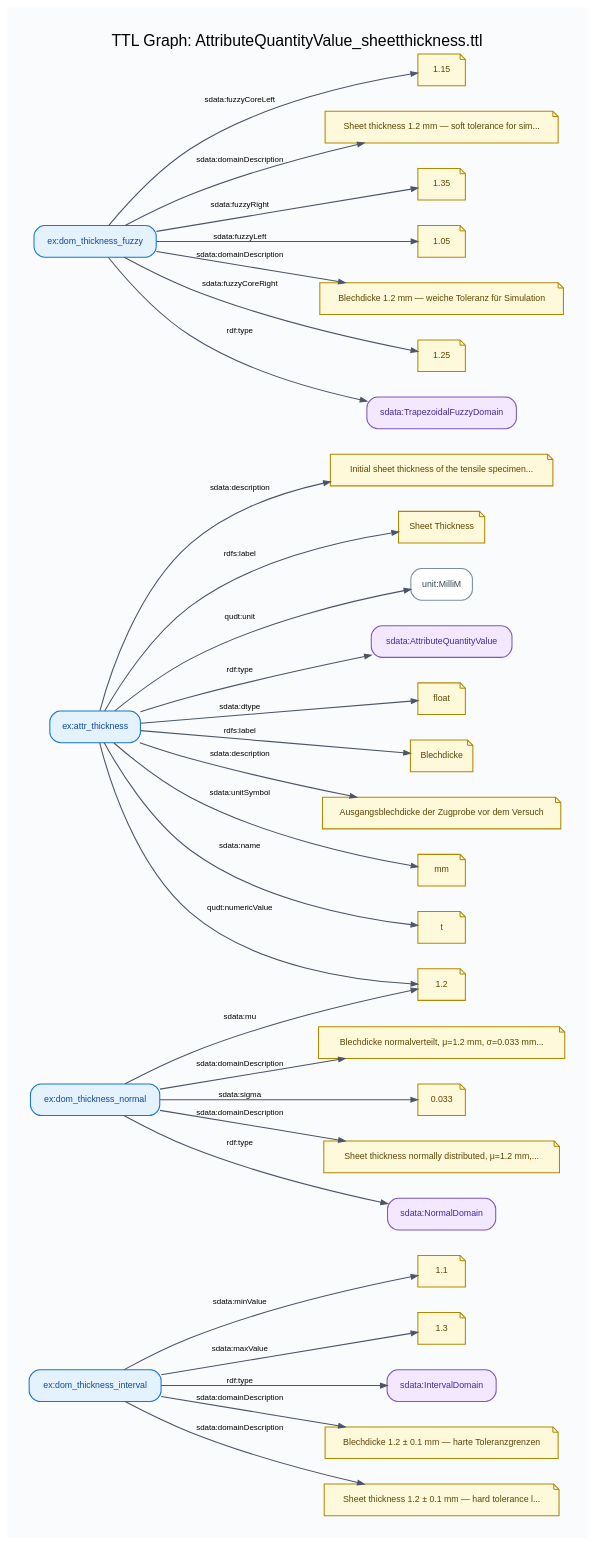
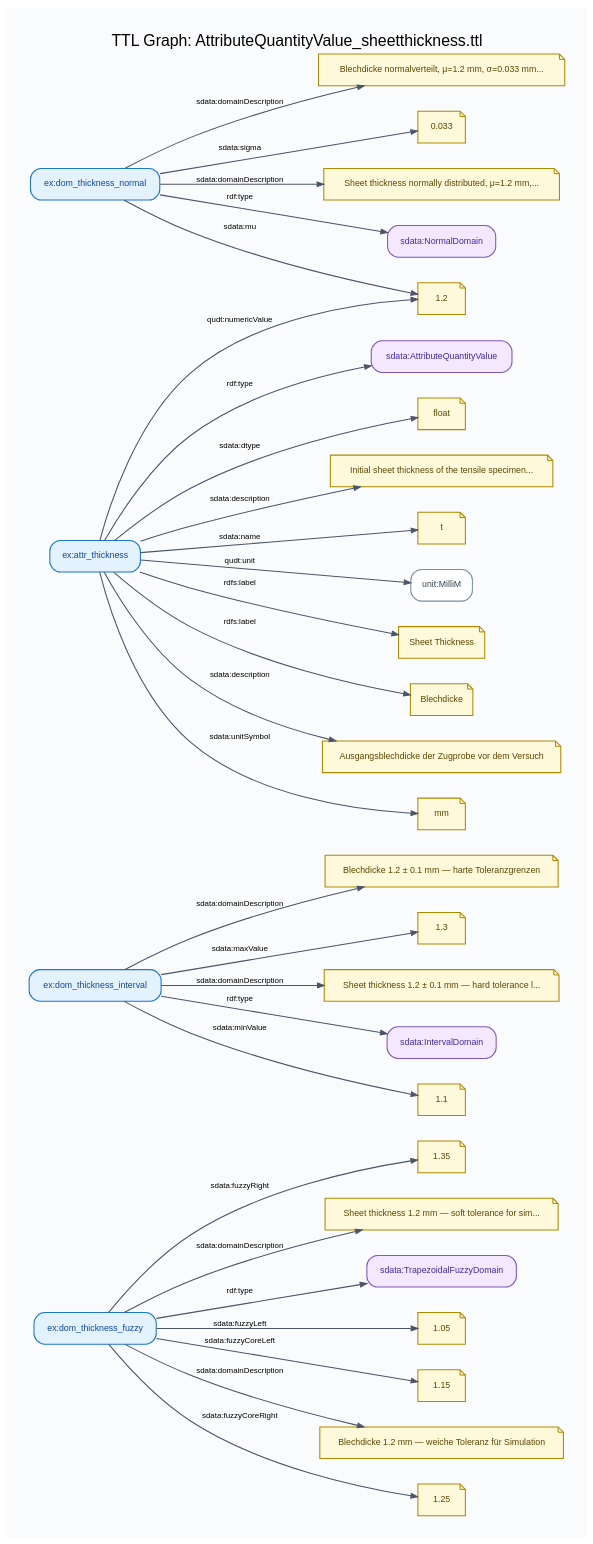
The diagram in docs/diagrams/AttributeQuantityValue_sheetthickness-graph.dot (lepy/sdata-ontology), drawn with Graphviz before and after one commit. The commit also changed other lines of this file and 53 other files, not shown here.

Commit message:
Update to sdata-core v0.12.0 and MIN v2.1.0; refresh plots/docs

```diff
--- a/docs/diagrams/AttributeQuantityValue_sheetthickness-graph.dot
+++ b/docs/diagrams/AttributeQuantityValue_sheetthickness-graph.dot
@@ -26,129 +26,39 @@
 		fontsize=9,
 		penwidth=1.2
 	];
-	"uri::https://example.org/tensile-test/dom_thickness_interval"	[color="#1976D2",
-		fillcolor="#E3F2FD",
-		fontcolor="#0D47A1",
-		label="ex:dom_thickness_interval"];
-	"lit::1.1::http://www.w3.org/2001/XMLSchema#double::"	[color="#B08900",
-		fillcolor="#FFF9DB",
-		fontcolor="#5C4500",
-		label=1.1,
-		shape=note];
-	"uri::https://example.org/tensile-test/dom_thickness_interval" -> "lit::1.1::http://www.w3.org/2001/XMLSchema#double::"	[label="sdata:minValue"];
-	"lit::1.3::http://www.w3.org/2001/XMLSchema#double::"	[color="#B08900",
-		fillcolor="#FFF9DB",
-		fontcolor="#5C4500",
-		label=1.3,
-		shape=note];
-	"uri::https://example.org/tensile-test/dom_thickness_interval" -> "lit::1.3::http://www.w3.org/2001/XMLSchema#double::"	[label="sdata:maxValue"];
-	"uri::https://w3id.org/sdata/core/IntervalDomain"	[color="#7E57C2",
-		fillcolor="#F3E8FF",
-		fontcolor="#4527A0",
-		label="sdata:IntervalDomain"];
-	"uri::https://example.org/tensile-test/dom_thickness_interval" -> "uri::https://w3id.org/sdata/core/IntervalDomain"	[label="rdf:type"];
-	"lit::Blechdicke 1.2 ± 0.1 mm — harte Toleranzgrenzen::::de"	[color="#B08900",
-		fillcolor="#FFF9DB",
-		fontcolor="#5C4500",
-		label="Blechdicke 1.2 ± 0.1 mm — harte Toleranzgrenzen",
-		shape=note];
-	"uri::https://example.org/tensile-test/dom_thickness_interval" -> "lit::Blechdicke 1.2 ± 0.1 mm — harte Toleranzgrenzen::::de"	[label="sdata:domainDescription"];
-	"lit::Sheet thickness 1.2 ± 0.1 mm — hard tolerance limits::::en"	[color="#B08900",
-		fillcolor="#FFF9DB",
-		fontcolor="#5C4500",
-		label="Sheet thickness 1.2 ± 0.1 mm — hard tolerance l...",
-		shape=note];
-	"uri::https://example.org/tensile-test/dom_thickness_interval" -> "lit::Sheet thickness 1.2 ± 0.1 mm — hard tolerance limits::::en"	[label="sdata:domainDescription"];
-	"uri::https://example.org/tensile-test/attr_thickness"	[color="#1976D2",
-		fillcolor="#E3F2FD",
-		fontcolor="#0D47A1",
-		label="ex:attr_thickness"];
-	"lit::Initial sheet thickness of the tensile specimen before testing::::en"	[color="#B08900",
-		fillcolor="#FFF9DB",
-		fontcolor="#5C4500",
-		label="Initial sheet thickness of the tensile specimen...",
-		shape=note];
-	"uri::https://example.org/tensile-test/attr_thickness" -> "lit::Initial sheet thickness of the tensile specimen before testing::::en"	[label="sdata:description"];
-	"lit::Sheet Thickness::::en"	[color="#B08900",
-		fillcolor="#FFF9DB",
-		fontcolor="#5C4500",
-		label="Sheet Thickness",
-		shape=note];
-	"uri::https://example.org/tensile-test/attr_thickness" -> "lit::Sheet Thickness::::en"	[label="rdfs:label"];
-	"uri::http://qudt.org/vocab/unit/MilliM"	[color="#78909C",
-		fillcolor="#FFFFFF",
-		fontcolor="#37474F",
-		label="unit:MilliM"];
-	"uri::https://example.org/tensile-test/attr_thickness" -> "uri::http://qudt.org/vocab/unit/MilliM"	[label="qudt:unit"];
-	"uri::https://w3id.org/sdata/core/AttributeQuantityValue"	[color="#7E57C2",
-		fillcolor="#F3E8FF",
-		fontcolor="#4527A0",
-		label="sdata:AttributeQuantityValue"];
-	"uri::https://example.org/tensile-test/attr_thickness" -> "uri::https://w3id.org/sdata/core/AttributeQuantityValue"	[label="rdf:type"];
-	"lit::float::::"	[color="#B08900",
-		fillcolor="#FFF9DB",
-		fontcolor="#5C4500",
-		label=float,
-		shape=note];
-	"uri::https://example.org/tensile-test/attr_thickness" -> "lit::float::::"	[label="sdata:dtype"];
-	"lit::Blechdicke::::de"	[color="#B08900",
-		fillcolor="#FFF9DB",
-		fontcolor="#5C4500",
-		label=Blechdicke,
-		shape=note];
-	"uri::https://example.org/tensile-test/attr_thickness" -> "lit::Blechdicke::::de"	[label="rdfs:label"];
-	"lit::Ausgangsblechdicke der Zugprobe vor dem Versuch::::de"	[color="#B08900",
-		fillcolor="#FFF9DB",
-		fontcolor="#5C4500",
-		label="Ausgangsblechdicke der Zugprobe vor dem Versuch",
-		shape=note];
-	"uri::https://example.org/tensile-test/attr_thickness" -> "lit::Ausgangsblechdicke der Zugprobe vor dem Versuch::::de"	[label="sdata:description"];
-	"lit::mm::::"	[color="#B08900",
-		fillcolor="#FFF9DB",
-		fontcolor="#5C4500",
-		label=mm,
-		shape=note];
-	"uri::https://example.org/tensile-test/attr_thickness" -> "lit::mm::::"	[label="sdata:unitSymbol"];
-	"lit::t::::"	[color="#B08900",
-		fillcolor="#FFF9DB",
-		fontcolor="#5C4500",
-		label=t,
-		shape=note];
-	"uri::https://example.org/tensile-test/attr_thickness" -> "lit::t::::"	[label="sdata:name"];
-	"lit::1.2::http://www.w3.org/2001/XMLSchema#double::"	[color="#B08900",
-		fillcolor="#FFF9DB",
-		fontcolor="#5C4500",
-		label=1.2,
-		shape=note];
-	"uri::https://example.org/tensile-test/attr_thickness" -> "lit::1.2::http://www.w3.org/2001/XMLSchema#double::"	[label="qudt:numericValue"];
 	"uri::https://example.org/tensile-test/dom_thickness_fuzzy"	[color="#1976D2",
 		fillcolor="#E3F2FD",
 		fontcolor="#0D47A1",
 		label="ex:dom_thickness_fuzzy"];
+	"lit::1.35::http://www.w3.org/2001/XMLSchema#double::"	[color="#B08900",
+		fillcolor="#FFF9DB",
+		fontcolor="#5C4500",
+		label=1.35,
+		shape=note];
+	"uri::https://example.org/tensile-test/dom_thickness_fuzzy" -> "lit::1.35::http://www.w3.org/2001/XMLSchema#double::"	[label="sdata:fuzzyRight"];
+	"lit::Sheet thickness 1.2 mm — soft tolerance for simulation::::en"	[color="#B08900",
+		fillcolor="#FFF9DB",
+		fontcolor="#5C4500",
+		label="Sheet thickness 1.2 mm — soft tolerance for sim...",
+		shape=note];
+	"uri::https://example.org/tensile-test/dom_thickness_fuzzy" -> "lit::Sheet thickness 1.2 mm — soft tolerance for simulation::::en"	[label="sdata:domainDescription"];
+	"uri::https://w3id.org/sdata/core/TrapezoidalFuzzyDomain"	[color="#7E57C2",
+		fillcolor="#F3E8FF",
+		fontcolor="#4527A0",
+		label="sdata:TrapezoidalFuzzyDomain"];
+	"uri::https://example.org/tensile-test/dom_thickness_fuzzy" -> "uri::https://w3id.org/sdata/core/TrapezoidalFuzzyDomain"	[label="rdf:type"];
+	"lit::1.05::http://www.w3.org/2001/XMLSchema#double::"	[color="#B08900",
+		fillcolor="#FFF9DB",
+		fontcolor="#5C4500",
+		label=1.05,
+		shape=note];
+	"uri::https://example.org/tensile-test/dom_thickness_fuzzy" -> "lit::1.05::http://www.w3.org/2001/XMLSchema#double::"	[label="sdata:fuzzyLeft"];
 	"lit::1.15::http://www.w3.org/2001/XMLSchema#double::"	[color="#B08900",
 		fillcolor="#FFF9DB",
 		fontcolor="#5C4500",
 		label=1.15,
 		shape=note];
 	"uri::https://example.org/tensile-test/dom_thickness_fuzzy" -> "lit::1.15::http://www.w3.org/2001/XMLSchema#double::"	[label="sdata:fuzzyCoreLeft"];
-	"lit::Sheet thickness 1.2 mm — soft tolerance for simulation::::en"	[color="#B08900",
-		fillcolor="#FFF9DB",
-		fontcolor="#5C4500",
-		label="Sheet thickness 1.2 mm — soft tolerance for sim...",
-		shape=note];
-	"uri::https://example.org/tensile-test/dom_thickness_fuzzy" -> "lit::Sheet thickness 1.2 mm — soft tolerance for simulation::::en"	[label="sdata:domainDescription"];
-	"lit::1.35::http://www.w3.org/2001/XMLSchema#double::"	[color="#B08900",
-		fillcolor="#FFF9DB",
-		fontcolor="#5C4500",
-		label=1.35,
-		shape=note];
-	"uri::https://example.org/tensile-test/dom_thickness_fuzzy" -> "lit::1.35::http://www.w3.org/2001/XMLSchema#double::"	[label="sdata:fuzzyRight"];
-	"lit::1.05::http://www.w3.org/2001/XMLSchema#double::"	[color="#B08900",
-		fillcolor="#FFF9DB",
-		fontcolor="#5C4500",
-		label=1.05,
-		shape=note];
-	"uri::https://example.org/tensile-test/dom_thickness_fuzzy" -> "lit::1.05::http://www.w3.org/2001/XMLSchema#double::"	[label="sdata:fuzzyLeft"];
 	"lit::Blechdicke 1.2 mm — weiche Toleranz für Simulation::::de"	[color="#B08900",
 		fillcolor="#FFF9DB",
 		fontcolor="#5C4500",
@@ -161,11 +71,39 @@
 		label=1.25,
 		shape=note];
 	"uri::https://example.org/tensile-test/dom_thickness_fuzzy" -> "lit::1.25::http://www.w3.org/2001/XMLSchema#double::"	[label="sdata:fuzzyCoreRight"];
-	"uri::https://w3id.org/sdata/core/TrapezoidalFuzzyDomain"	[color="#7E57C2",
+	"uri::https://example.org/tensile-test/dom_thickness_interval"	[color="#1976D2",
+		fillcolor="#E3F2FD",
+		fontcolor="#0D47A1",
+		label="ex:dom_thickness_interval"];
+	"lit::Blechdicke 1.2 ± 0.1 mm — harte Toleranzgrenzen::::de"	[color="#B08900",
+		fillcolor="#FFF9DB",
+		fontcolor="#5C4500",
+		label="Blechdicke 1.2 ± 0.1 mm — harte Toleranzgrenzen",
+		shape=note];
+	"uri::https://example.org/tensile-test/dom_thickness_interval" -> "lit::Blechdicke 1.2 ± 0.1 mm — harte Toleranzgrenzen::::de"	[label="sdata:domainDescription"];
+	"lit::1.3::http://www.w3.org/2001/XMLSchema#double::"	[color="#B08900",
+		fillcolor="#FFF9DB",
+		fontcolor="#5C4500",
+		label=1.3,
+		shape=note];
+	"uri::https://example.org/tensile-test/dom_thickness_interval" -> "lit::1.3::http://www.w3.org/2001/XMLSchema#double::"	[label="sdata:maxValue"];
+	"lit::Sheet thickness 1.2 ± 0.1 mm — hard tolerance limits::::en"	[color="#B08900",
+		fillcolor="#FFF9DB",
+		fontcolor="#5C4500",
+		label="Sheet thickness 1.2 ± 0.1 mm — hard tolerance l...",
+		shape=note];
+	"uri::https://example.org/tensile-test/dom_thickness_interval" -> "lit::Sheet thickness 1.2 ± 0.1 mm — hard tolerance limits::::en"	[label="sdata:domainDescription"];
+	"uri::https://w3id.org/sdata/core/IntervalDomain"	[color="#7E57C2",
 		fillcolor="#F3E8FF",
 		fontcolor="#4527A0",
-		label="sdata:TrapezoidalFuzzyDomain"];
-	"uri::https://example.org/tensile-test/dom_thickness_fuzzy" -> "uri::https://w3id.org/sdata/core/TrapezoidalFuzzyDomain"	[label="rdf:type"];
+		label="sdata:IntervalDomain"];
+	"uri::https://example.org/tensile-test/dom_thickness_interval" -> "uri::https://w3id.org/sdata/core/IntervalDomain"	[label="rdf:type"];
+	"lit::1.1::http://www.w3.org/2001/XMLSchema#double::"	[color="#B08900",
+		fillcolor="#FFF9DB",
+		fontcolor="#5C4500",
+		label=1.1,
+		shape=note];
+	"uri::https://example.org/tensile-test/dom_thickness_interval" -> "lit::1.1::http://www.w3.org/2001/XMLSchema#double::"	[label="sdata:minValue"];
 	"uri::https://example.org/tensile-test/dom_thickness_normal"	[color="#1976D2",
 		fillcolor="#E3F2FD",
 		fontcolor="#0D47A1",
@@ -188,10 +126,72 @@
 		label="Sheet thickness normally distributed, μ=1.2 mm,...",
 		shape=note];
 	"uri::https://example.org/tensile-test/dom_thickness_normal" -> "lit::Sheet thickness normally distributed, μ=1.2 mm, σ=0.033 mm (3σ=0.1 mm)::::en"	[label="sdata:domainDescription"];
-	"uri::https://example.org/tensile-test/dom_thickness_normal" -> "lit::1.2::http://www.w3.org/2001/XMLSchema#double::"	[label="sdata:mu"];
 	"uri::https://w3id.org/sdata/core/NormalDomain"	[color="#7E57C2",
 		fillcolor="#F3E8FF",
 		fontcolor="#4527A0",
 		label="sdata:NormalDomain"];
 	"uri::https://example.org/tensile-test/dom_thickness_normal" -> "uri::https://w3id.org/sdata/core/NormalDomain"	[label="rdf:type"];
+	"lit::1.2::http://www.w3.org/2001/XMLSchema#double::"	[color="#B08900",
+		fillcolor="#FFF9DB",
+		fontcolor="#5C4500",
+		label=1.2,
+		shape=note];
+	"uri::https://example.org/tensile-test/dom_thickness_normal" -> "lit::1.2::http://www.w3.org/2001/XMLSchema#double::"	[label="sdata:mu"];
+	"uri::https://example.org/tensile-test/attr_thickness"	[color="#1976D2",
+		fillcolor="#E3F2FD",
+		fontcolor="#0D47A1",
+		label="ex:attr_thickness"];
+	"uri::https://w3id.org/sdata/core/AttributeQuantityValue"	[color="#7E57C2",
+		fillcolor="#F3E8FF",
+		fontcolor="#4527A0",
+		label="sdata:AttributeQuantityValue"];
+	"uri::https://example.org/tensile-test/attr_thickness" -> "uri::https://w3id.org/sdata/core/AttributeQuantityValue"	[label="rdf:type"];
+	"lit::float::::"	[color="#B08900",
+		fillcolor="#FFF9DB",
+		fontcolor="#5C4500",
+		label=float,
+		shape=note];
+	"uri::https://example.org/tensile-test/attr_thickness" -> "lit::float::::"	[label="sdata:dtype"];
+	"lit::Initial sheet thickness of the tensile specimen before testing::::en"	[color="#B08900",
+		fillcolor="#FFF9DB",
+		fontcolor="#5C4500",
+		label="Initial sheet thickness of the tensile specimen...",
+		shape=note];
+	"uri::https://example.org/tensile-test/attr_thickness" -> "lit::Initial sheet thickness of the tensile specimen before testing::::en"	[label="sdata:description"];
+	"lit::t::::"	[color="#B08900",
+		fillcolor="#FFF9DB",
+		fontcolor="#5C4500",
+		label=t,
+		shape=note];
+	"uri::https://example.org/tensile-test/attr_thickness" -> "lit::t::::"	[label="sdata:name"];
+	"uri::https://example.org/tensile-test/attr_thickness" -> "lit::1.2::http://www.w3.org/2001/XMLSchema#double::"	[label="qudt:numericValue"];
+	"uri::http://qudt.org/vocab/unit/MilliM"	[color="#78909C",
+		fillcolor="#FFFFFF",
+		fontcolor="#37474F",
+		label="unit:MilliM"];
+	"uri::https://example.org/tensile-test/attr_thickness" -> "uri::http://qudt.org/vocab/unit/MilliM"	[label="qudt:unit"];
+	"lit::Sheet Thickness::::en"	[color="#B08900",
+		fillcolor="#FFF9DB",
+		fontcolor="#5C4500",
+		label="Sheet Thickness",
+		shape=note];
+	"uri::https://example.org/tensile-test/attr_thickness" -> "lit::Sheet Thickness::::en"	[label="rdfs:label"];
+	"lit::Blechdicke::::de"	[color="#B08900",
+		fillcolor="#FFF9DB",
+		fontcolor="#5C4500",
+		label=Blechdicke,
+		shape=note];
+	"uri::https://example.org/tensile-test/attr_thickness" -> "lit::Blechdicke::::de"	[label="rdfs:label"];
+	"lit::Ausgangsblechdicke der Zugprobe vor dem Versuch::::de"	[color="#B08900",
+		fillcolor="#FFF9DB",
+		fontcolor="#5C4500",
+		label="Ausgangsblechdicke der Zugprobe vor dem Versuch",
+		shape=note];
+	"uri::https://example.org/tensile-test/attr_thickness" -> "lit::Ausgangsblechdicke der Zugprobe vor dem Versuch::::de"	[label="sdata:description"];
+	"lit::mm::::"	[color="#B08900",
+		fillcolor="#FFF9DB",
+		fontcolor="#5C4500",
+		label=mm,
+		shape=note];
+	"uri::https://example.org/tensile-test/attr_thickness" -> "lit::mm::::"	[label="sdata:unitSymbol"];
 }
```
